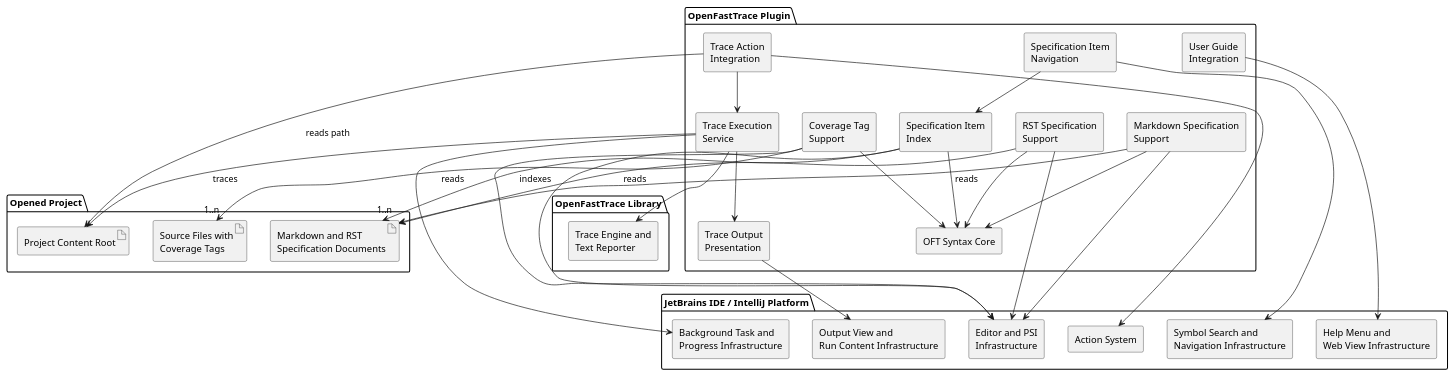
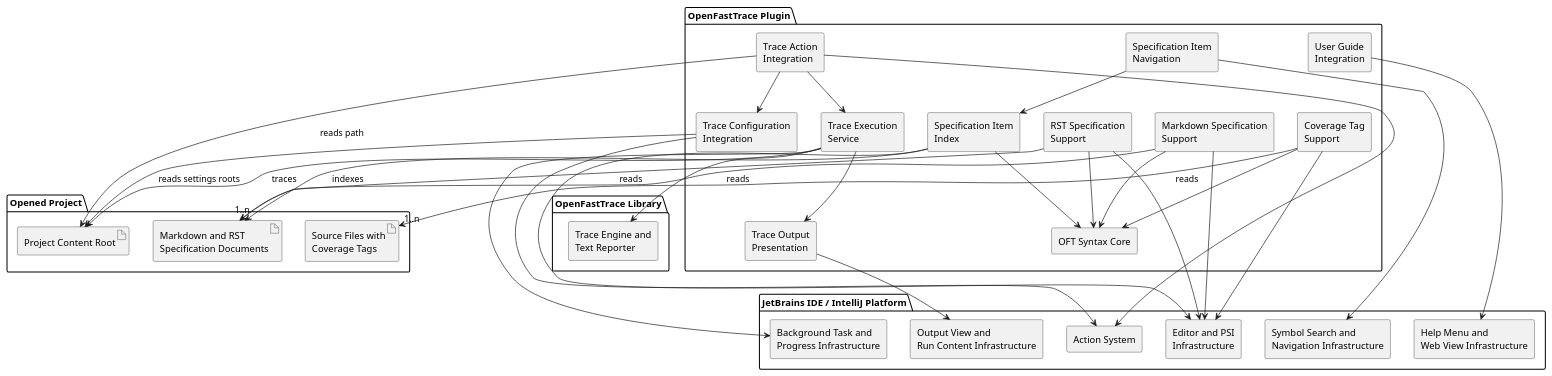
The diagram in doc/design/building_block_view.md (itsallcode/openfasttrace-intellij-plugin), drawn with PlantUML before and after one commit. The commit also changed other lines of this file and 34 other files, not shown here.

````diff
--- a/doc/design/building_block_view.md
+++ b/doc/design/building_block_view.md
@@ -7,63 +7,67 @@
 ```plantuml
 @startuml
 skinparam componentStyle rectangle
 
 package "JetBrains IDE / IntelliJ Platform" {
   component "Editor and PSI\nInfrastructure" as IdeEditor
   component "Symbol Search and\nNavigation Infrastructure" as IdeNavigation
   component "Action System" as IdeActions
   component "Background Task and\nProgress Infrastructure" as IdeTasks
   component "Output View and\nRun Content Infrastructure" as IdeOutput
   component "Help Menu and\nWeb View Infrastructure" as IdeHelp
 }
 
 package "Opened Project" {
   artifact "Project Content Root" as ProjectRoot
   artifact "Markdown and RST\nSpecification Documents" as ProjectSpecs
   artifact "Source Files with\nCoverage Tags" as ProjectSources
 }
 
 package "OpenFastTrace Library" {
   component "Trace Engine and\nText Reporter" as OftTraceLibrary
 }
 
 package "OpenFastTrace Plugin" {
   component "OFT Syntax Core" as OftSyntax
   component "Markdown Specification\nSupport" as MarkdownSupport
   component "RST Specification\nSupport" as RstSupport
   component "Coverage Tag\nSupport" as CoverageSupport
   component "Specification Item\nIndex" as SpecIndex
   component "Specification Item\nNavigation" as NavigationSupport
+  component "Trace Configuration\nIntegration" as TraceConfigurationSupport
   component "Trace Action\nIntegration" as TraceActionSupport
   component "Trace Execution\nService" as TraceExecutionSupport
   component "Trace Output\nPresentation" as TraceOutputSupport
   component "User Guide\nIntegration" as UserGuideSupport
 }
 
 MarkdownSupport --> OftSyntax
 RstSupport --> OftSyntax
 CoverageSupport --> OftSyntax
 SpecIndex --> OftSyntax
 NavigationSupport --> SpecIndex
 TraceActionSupport --> TraceExecutionSupport
 TraceExecutionSupport --> TraceOutputSupport
 
 MarkdownSupport --> IdeEditor
 RstSupport --> IdeEditor
 CoverageSupport --> IdeEditor
 SpecIndex --> IdeEditor
 NavigationSupport --> IdeNavigation
+TraceConfigurationSupport --> IdeActions
 TraceActionSupport --> IdeActions
 TraceExecutionSupport --> IdeTasks
 TraceOutputSupport --> IdeOutput
 UserGuideSupport --> IdeHelp
 
+TraceActionSupport --> TraceConfigurationSupport
 TraceActionSupport --> ProjectRoot : reads path
+TraceConfigurationSupport --> ProjectRoot : reads settings roots
 TraceExecutionSupport --> ProjectRoot : traces
 TraceExecutionSupport --> OftTraceLibrary
 MarkdownSupport --> ProjectSpecs : reads
 RstSupport --> ProjectSpecs : reads
 CoverageSupport --> "1..n" ProjectSources : reads
 SpecIndex --> "1..n" ProjectSpecs : indexes
 @enduml
 ```
````
